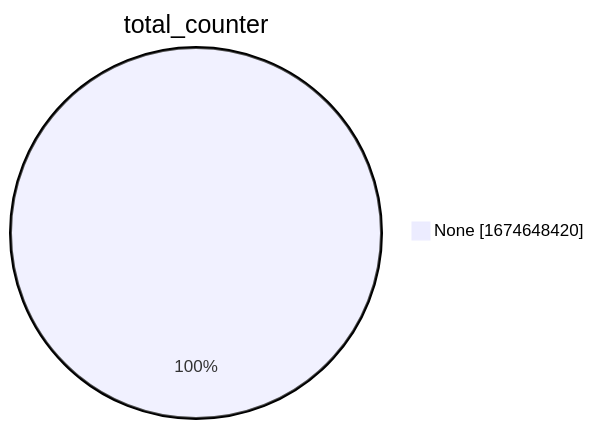
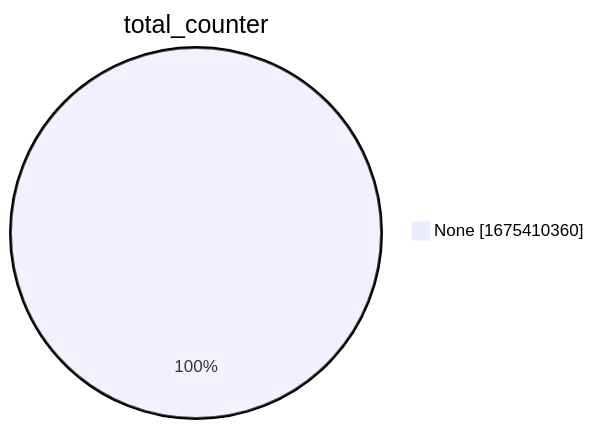
One commit to christiankrug/ctmonitor_visualization changed the second of 15 diagrams in xenon2022/README.md. Above: the diagram before and after it, drawn with Mermaid. The commit also changed other lines of this file, not shown here.

````diff
--- a/xenon2022/README.md
+++ b/xenon2022/README.md
@@ -9,5 +9,5 @@
 ```mermaid
 pie showData
 title total_counter
-"None" :1674648420
+"None" :1675410360
 ```
````
